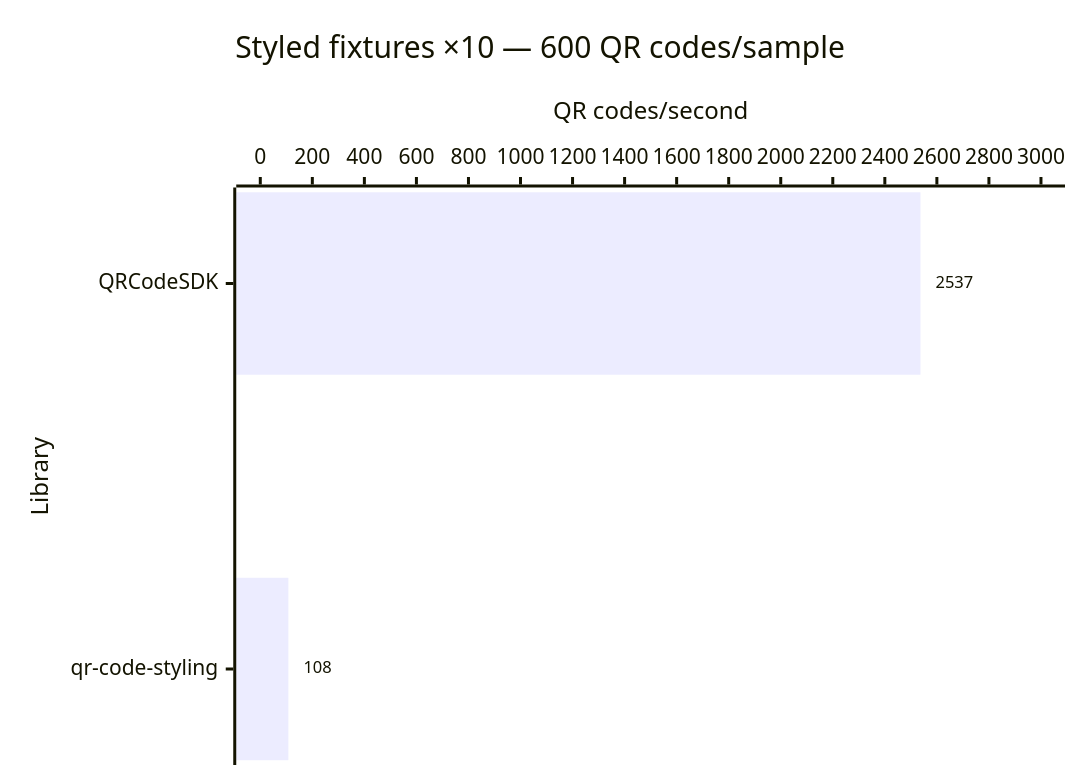
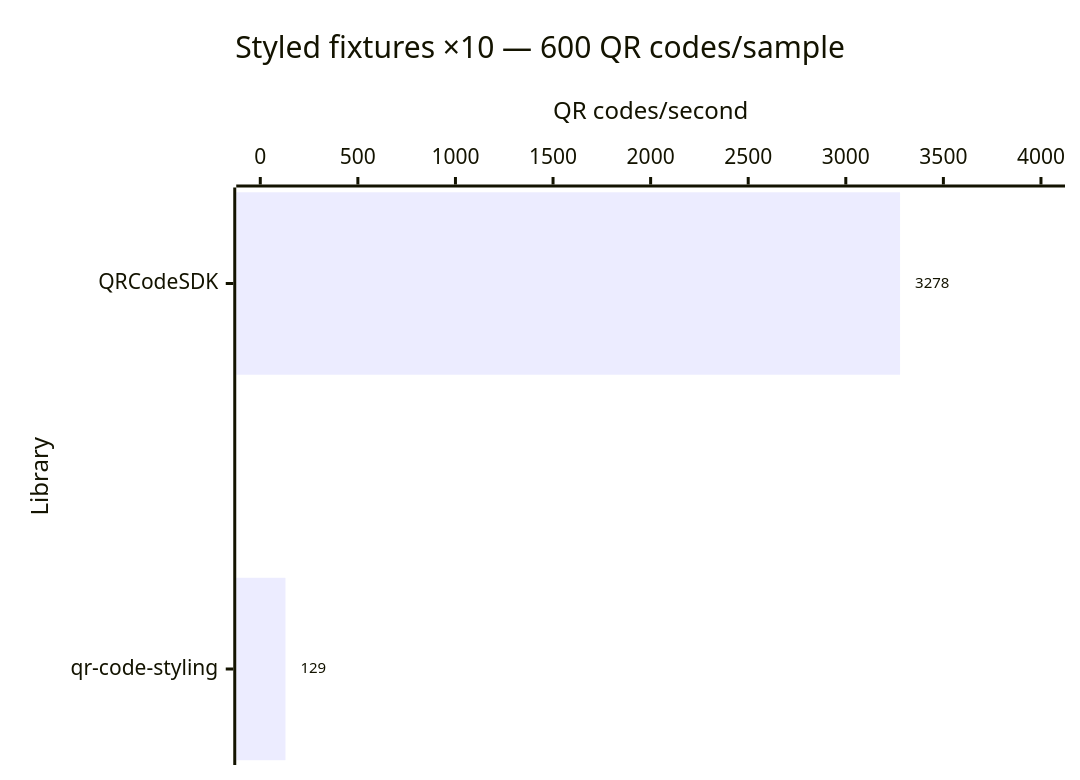
Before and after one commit to Dafnik/qrcodesdk: diagram 13 of 14 in apps/docs/src/content/docs/learn/performance.md, drawn with Mermaid. The commit also changed other lines of this file, not shown here.

````diff
--- a/apps/docs/src/content/docs/learn/performance.md
+++ b/apps/docs/src/content/docs/learn/performance.md
@@ -284,15 +284,15 @@
 ```mermaid
 ---
 config:
   xyChart:
     showDataLabel: true
     showDataLabelOutsideBar: true
 ---
 xychart horizontal
   accTitle: Styled SVG generation: Styled fixtures ×10 — 600 QR codes/sample
-  accDescr: Throughput calculated from median time. QRCodeSDK 2,537 QR codes per second, qr-code-styling 108 QR codes per second. Higher is better.
+  accDescr: Throughput calculated from median time. QRCodeSDK 3,278 QR codes per second, qr-code-styling 129 QR codes per second. Higher is better.
   title "Styled fixtures ×10 — 600 QR codes/sample"
   x-axis "Library" ["QRCodeSDK", "qr-code-styling"]
-  y-axis "QR codes/second" 0 --> 3000
-  bar [2537, 108]
+  y-axis "QR codes/second" 0 --> 4000
+  bar [3278, 129]
 ```
````
